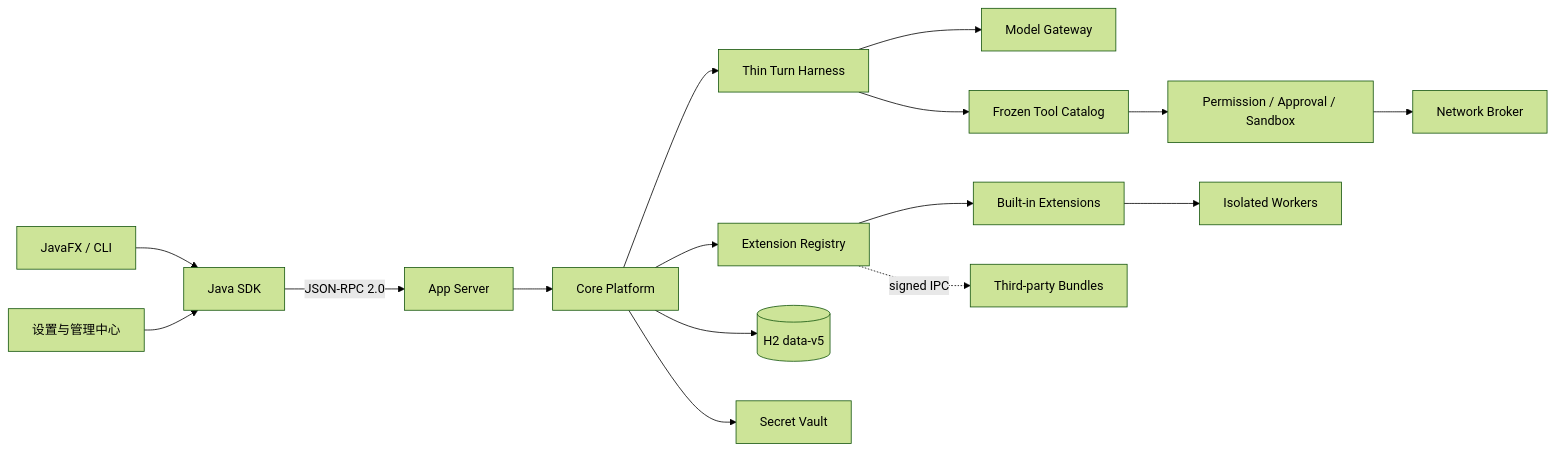
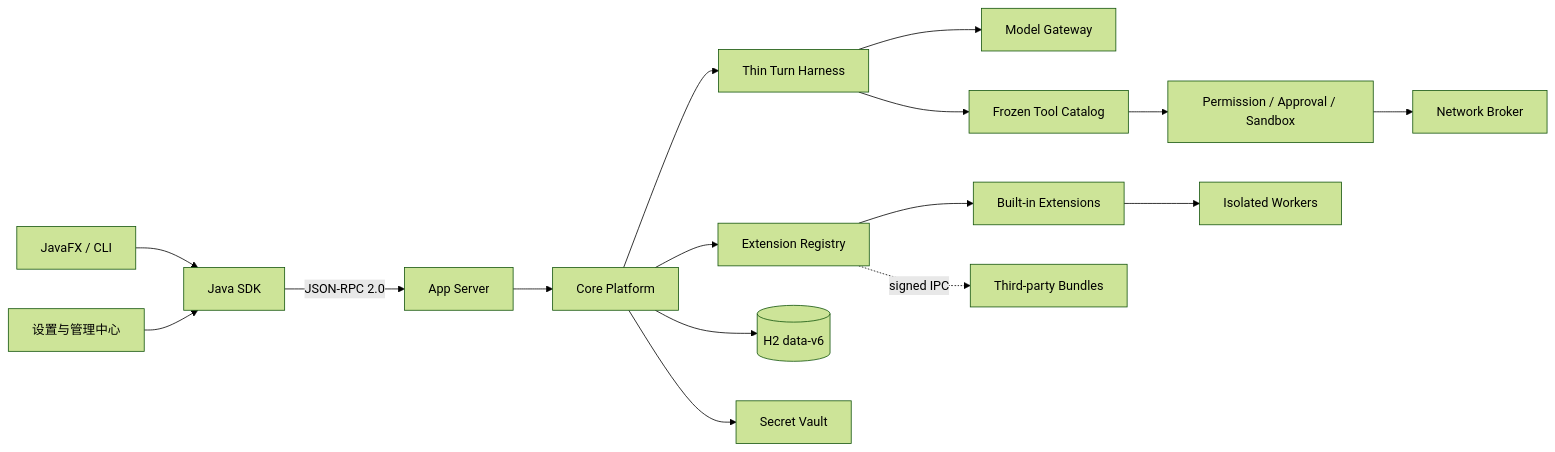
One commit to CogniCodeGen/JavaClaw changed the first of 2 diagrams in docs/architecture/README.md. Above: the diagram before and after it, drawn with Mermaid (forest theme). The commit also changed other lines of this file and 1199 other files, not shown here.

````diff
--- a/docs/architecture/README.md
+++ b/docs/architecture/README.md
@@ -6,18 +6,18 @@
 ```mermaid
 flowchart LR
     CLIENT[JavaFX / CLI] --> SDK[Java SDK]
     SETTINGS[设置与管理中心] --> SDK
     SDK -->|JSON-RPC 2.0| SERVER[App Server]
     SERVER --> CORE[Core Platform]
     CORE --> HARNESS[Thin Turn Harness]
     CORE --> EXT[Extension Registry]
-    CORE --> DATA[(H2 data-v5)]
+    CORE --> DATA[(H2 data-v6)]
     CORE --> VAULT[Secret Vault]
     HARNESS --> MODELS[Model Gateway]
     HARNESS --> TOOLS[Frozen Tool Catalog]
     TOOLS --> POLICY[Permission / Approval / Sandbox]
     POLICY --> BROKER[Network Broker]
     EXT --> BUILTIN[Built-in Extensions]
     BUILTIN --> WORKERS[Isolated Workers]
     EXT -. signed IPC .-> THIRD[Third-party Bundles]
 ```
````
